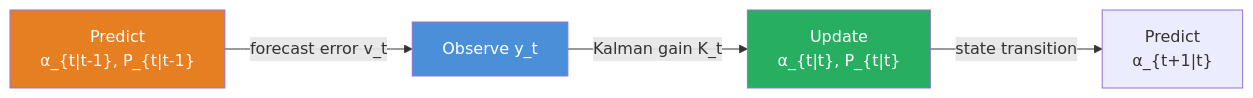
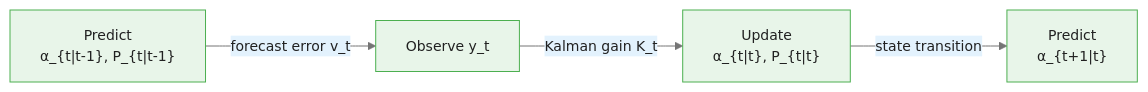
Before and after one commit to m-deane/course-creator: the first of 3 diagrams in courses/bayesian-commodity-forecasting/modules/module_03_state_space/guides/02_kalman_filter_slides.md, drawn with Mermaid. The commit also changed other lines of this file and 104 other files, not shown here.

````diff
--- a/courses/bayesian-commodity-forecasting/modules/module_03_state_space/guides/02_kalman_filter_slides.md
+++ b/courses/bayesian-commodity-forecasting/modules/module_03_state_space/guides/02_kalman_filter_slides.md
@@ -65,9 +77,7 @@
 ```mermaid
+%%{init: {"theme": "base", "themeVariables": {"primaryColor": "#e8f5e9", "primaryBorderColor": "#4caf50", "primaryTextColor": "#212121", "secondaryColor": "#e3f2fd", "tertiaryColor": "#fff8e1", "lineColor": "#757575", "fontFamily": "Inter, sans-serif", "fontSize": "14px"}}}%%
 flowchart LR
     PR["Predict\nα_{t|t-1}, P_{t|t-1}"] -->|"forecast error v_t"| OBS["Observe y_t"]
     OBS -->|"Kalman gain K_t"| UP["Update\nα_{t|t}, P_{t|t}"]
     UP -->|"state transition"| PR2["Predict\nα_{t+1|t}"]
-    style PR fill:#e67e22,color:#fff
-    style OBS fill:#4a90d9,color:#fff
-    style UP fill:#27ae60,color:#fff
 ```
````
